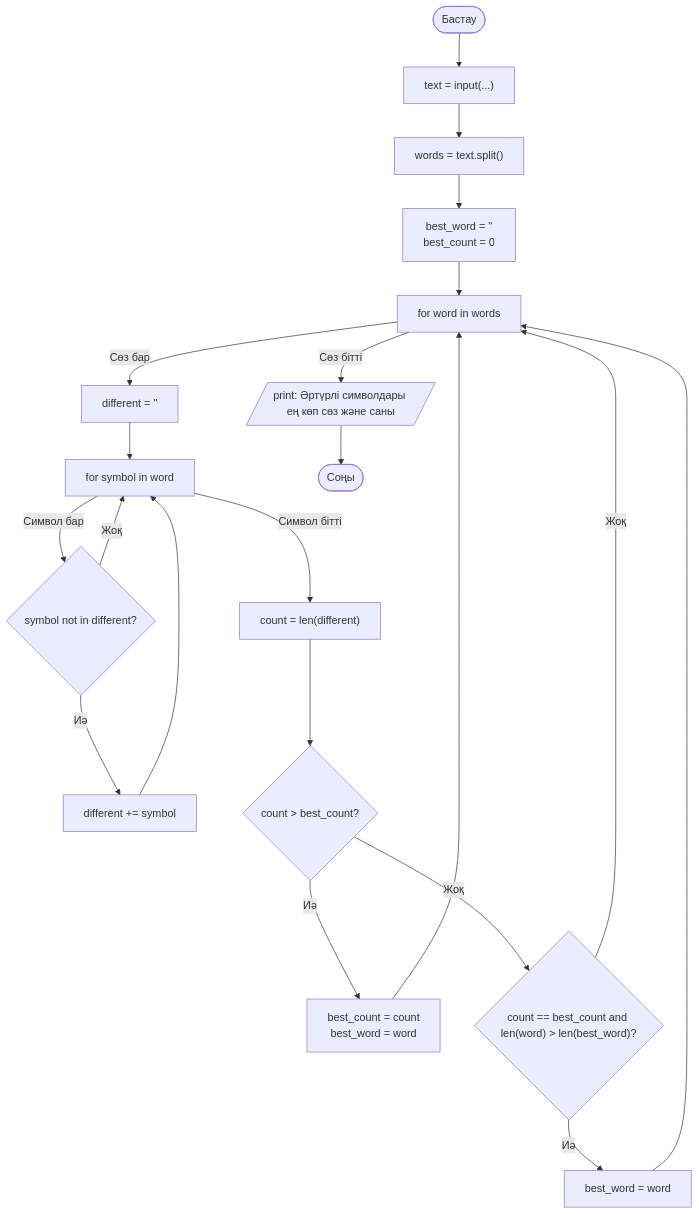
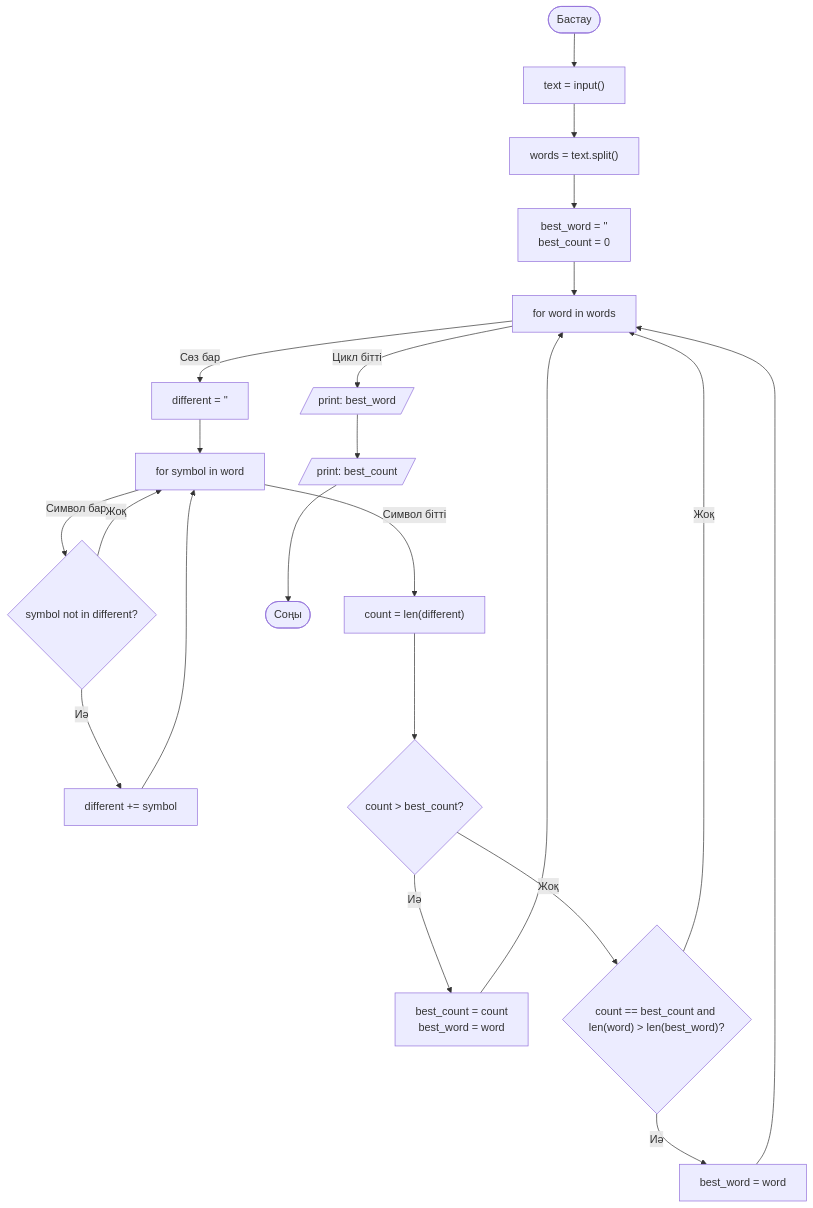
The second of 3 diagrams in README.md (aanakuanys/blok-schema), drawn with Mermaid before and after one commit. The commit also changed other lines of this file, not shown here.

Commit message:
Refactor mermaid diagrams in README.md

````diff
--- a/README.md
+++ b/README.md
@@ -31,27 +32,33 @@
 ```mermaid
 graph TD
-    Start2([Бастау]) --> Input["text = input(...)"]
+    Start([Бастау]) --> Input["text = input()"]
+    
     Input --> Split["words = text.split()"]
-    Split --> Init2["best_word = '' <br/> best_count = 0"]
+    Split --> Init["best_word = '' <br/> best_count = 0"]
     
-    Init2 --> Loop2["for word in words"]
+    Init --> LoopWord["for word in words"]
     
-    Loop2 -- "Сөз бар" --> InitDiff["different = ''"]
+    LoopWord -- "Сөз бар" --> InitDiff["different = ''"]
     InitDiff --> LoopSym["for symbol in word"]
     
     LoopSym -- "Символ бар" --> CheckSym{"symbol not in different?"}
+    
     CheckSym -- "Иә" --> AddSym["different += symbol"] --> LoopSym
     CheckSym -- "Жоқ" --> LoopSym
     
     LoopSym -- "Символ бітті" --> Calc["count = len(different)"]
     
     Calc --> CheckCount{"count > best_count?"}
-    CheckCount -- "Иә" --> Upd1["best_count = count <br/> best_word = word"] --> Loop2
+    
+    CheckCount -- "Иә" --> Upd1["best_count = count <br/> best_word = word"] --> LoopWord
     CheckCount -- "Жоқ" --> CheckLen{"count == best_count and len(word) > len(best_word)?"}
     
-    CheckLen -- "Иә" --> Upd2["best_word = word"] --> Loop2
-    CheckLen -- "Жоқ" --> Loop2
+    CheckLen -- "Иә" --> Upd2["best_word = word"] --> LoopWord
+    CheckLen -- "Жоқ" --> LoopWord
     
-    Loop2 -- "Сөз бітті" --> Print2[/print: Әртүрлі символдары ең көп сөз және саны/]
-    Print2 --> End2([Соңы])
+    LoopWord -- "Цикл бітті" --> Print1[/print: best_word/]
+    
+    Print1 --> Print2[/print: best_count/]
+    
+    Print2 --> End([Соңы])
 ```
````
